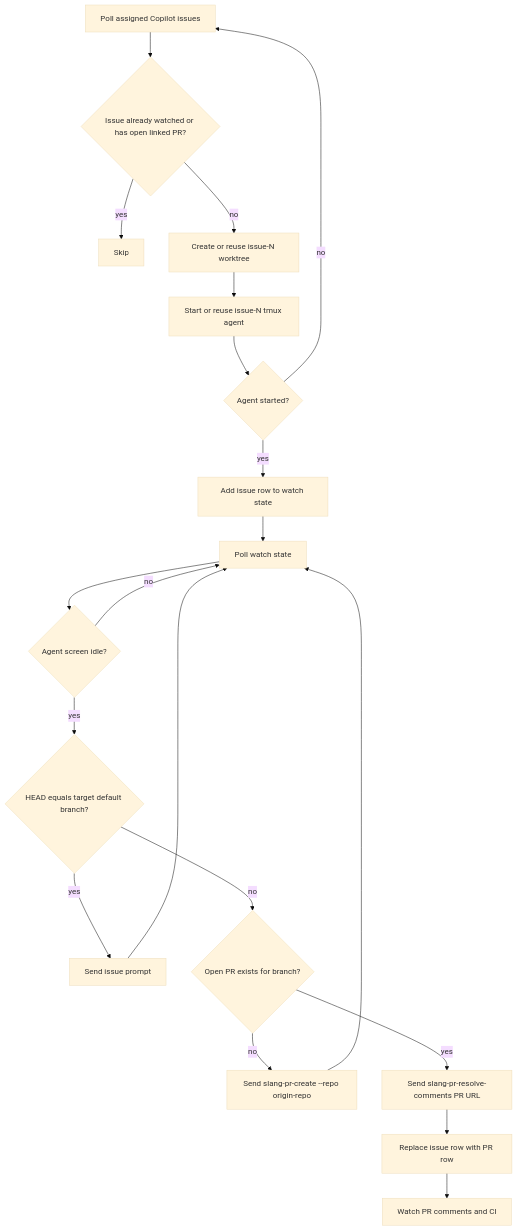
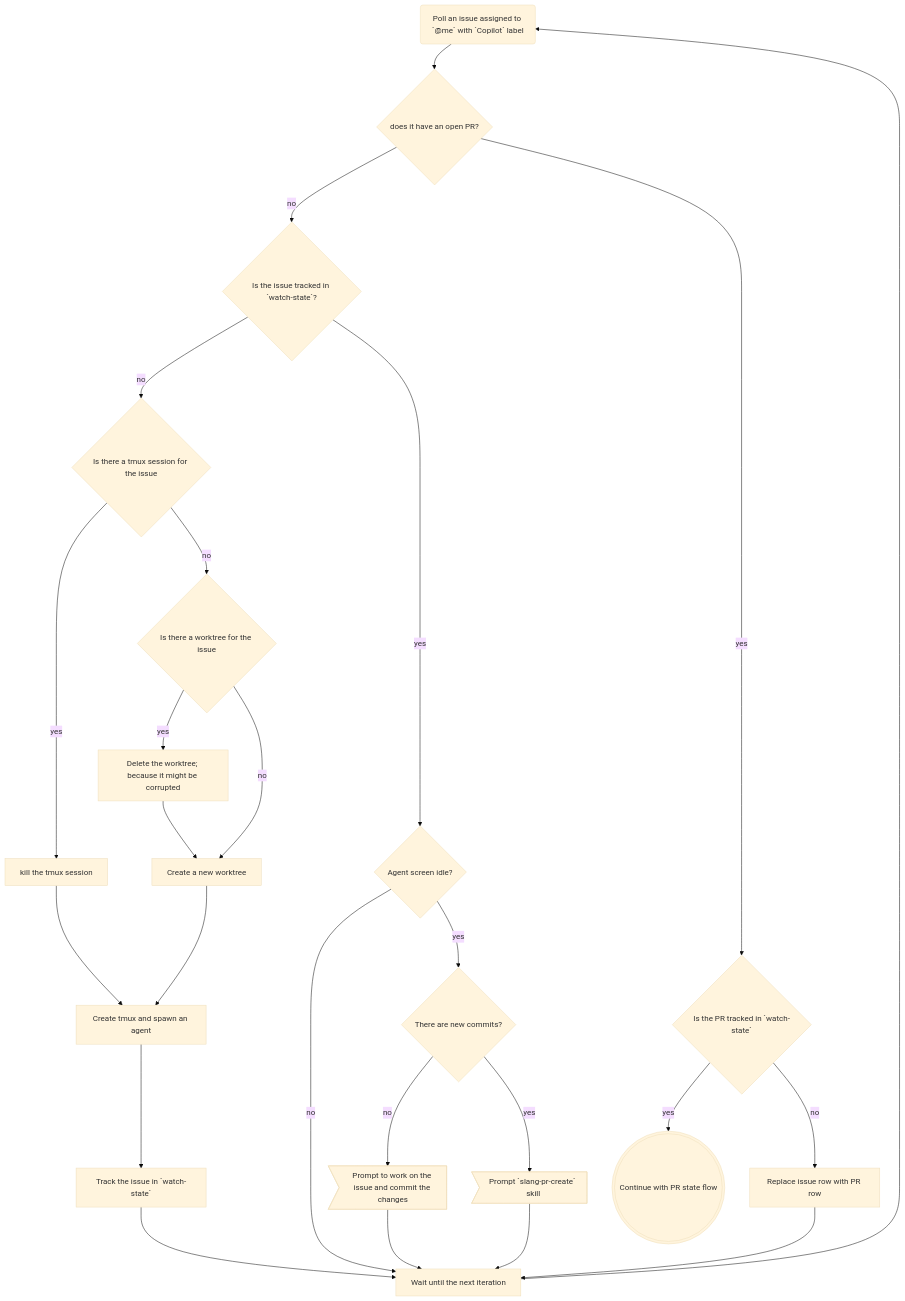
One commit to jkwak-work/slang changed the first of 2 diagrams in extras/watch-github.md. Above: the diagram before and after it, drawn with Mermaid (base theme). The commit also changed other lines of this file and 1 other file, not shown here.

Commit message:
Update GitHub watcher automation flow

````diff
--- a/extras/watch-github.md
+++ b/extras/watch-github.md
@@ -33,23 +36,27 @@
 ```mermaid
 flowchart TD
-    A[Poll assigned Copilot issues] --> B{Issue already watched or has open linked PR?}
-    B -- yes --> Z[Skip]
-    B -- no --> C[Create or reuse issue-N worktree]
-    C --> D[Start or reuse issue-N tmux agent]
-    D --> E{Agent started?}
-    E -- no --> A
-    E -- yes --> F[Add issue row to watch state]
-
-    F --> G[Poll watch state]
-    G --> H{Agent screen idle?}
-    H -- no --> G
-    H -- yes --> I{HEAD equals target default branch?}
-    I -- yes --> J[Send issue prompt]
-    J --> G
-    I -- no --> K{Open PR exists for branch?}
-    K -- no --> L[Send slang-pr-create --repo origin-repo]
-    L --> G
-    K -- yes --> M[Send slang-pr-resolve-comments PR URL]
-    M --> N[Replace issue row with PR row]
-    N --> O[Watch PR comments and CI]
+    A(Poll an issue assigned to `@me` with `Copilot` label) --> B{does it have an open PR?}
+    B -- no --> G{Is the issue tracked in `watch-state`?}
+    G -- yes --> E{Agent screen idle?}
+    G -- no --> O{Is there a tmux session for the issue}
+    O -- no --> P{Is there a worktree for the issue}
+    O -- yes --> S[kill the tmux session]
+    S --> D[Create tmux and spawn an agent]
+    P -- yes --> Q[Delete the worktree; because it might be corrupted]
+    Q --> R[Create a new worktree]
+    P -- no --> R
+    R --> D
+    D --> H[Track the issue in `watch-state`]
+    H --> F
+    E -- no --> F[Wait until the next iteration]
+    F --> A
+    E -- yes --> I{There are new commits?}
+    I -- no --> J>Prompt to work on the issue and commit the changes]
+    J --> F
+    I -- yes --> K>Prompt `slang-pr-create` skill]
+    K --> F
+    B -- yes --> L{Is the PR tracked in `watch-state`}
+    L -- no --> M[Replace issue row with PR row]
+    M --> F
+    L -- yes --> Z(((Continue with PR state flow)))
 ```
````
